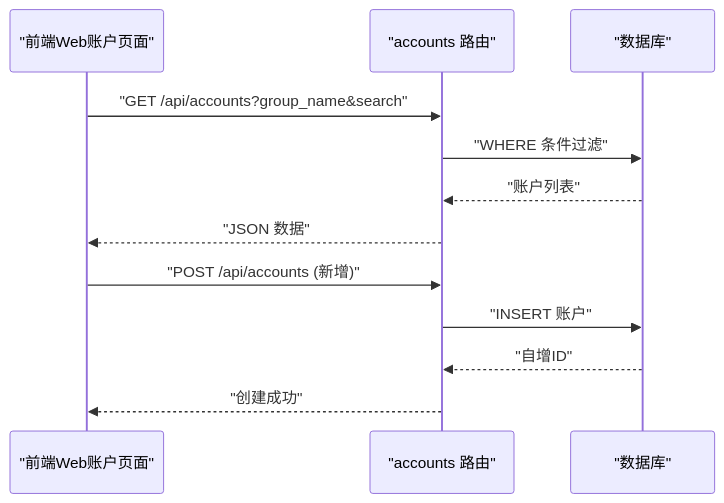
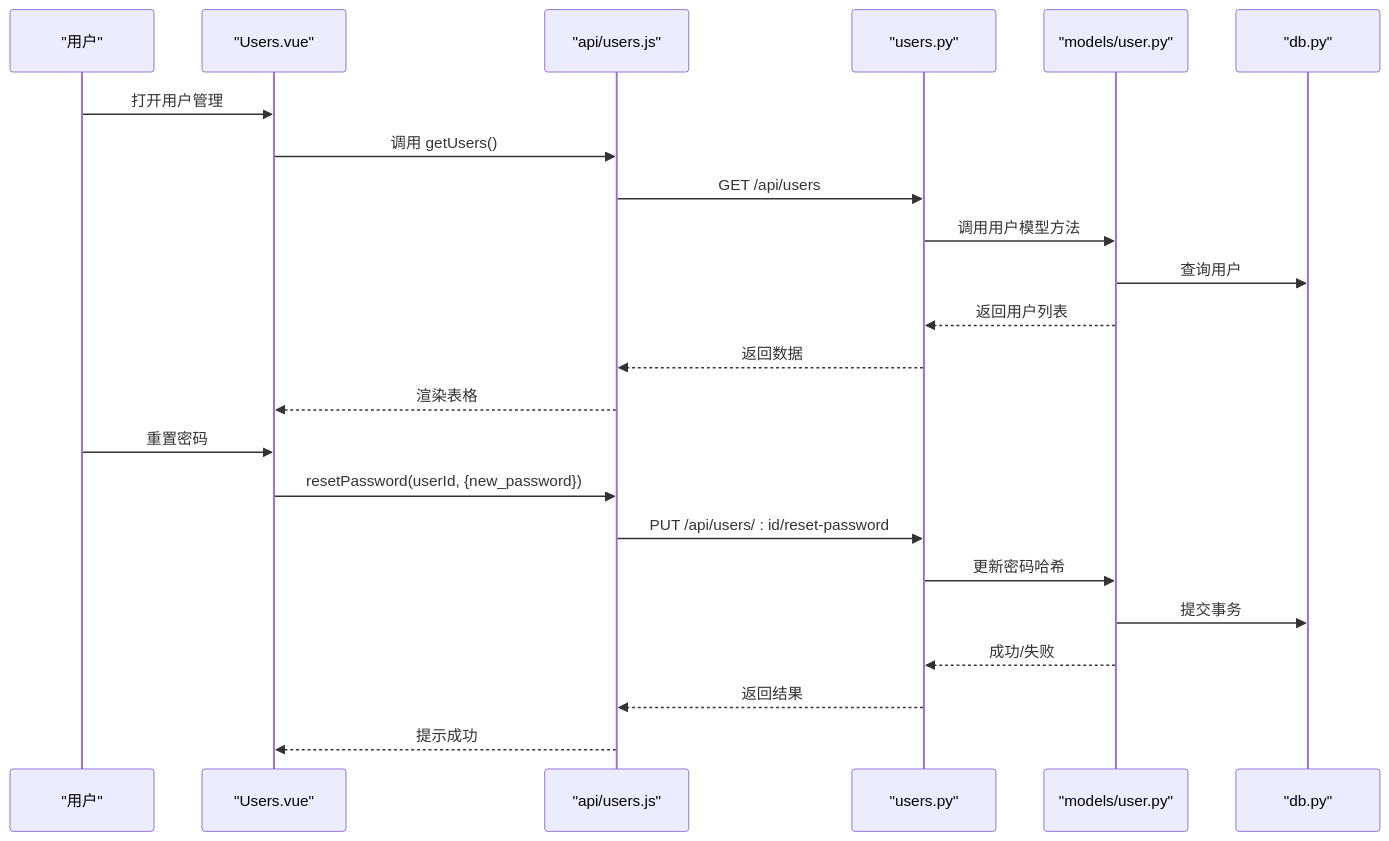
Before and after one commit to ismine3/OPS: the fifth of 8 diagrams in .qoder/repowiki/zh/content/核心功能模块/核心功能模块.md, drawn with Mermaid. The commit also changed other lines of this file and 109 other files, not shown here.

````diff
--- a/.qoder/repowiki/zh/content/核心功能模块/核心功能模块.md
+++ b/.qoder/repowiki/zh/content/核心功能模块/核心功能模块.md
@@ -273,14 +283,25 @@
 ```mermaid
 sequenceDiagram
-participant FE as "前端Web账户页面"
-participant API as "accounts 路由"
-participant DB as "数据库"
-FE->>API : "GET /api/accounts?group_name&search"
-API->>DB : "WHERE 条件过滤"
-DB-->>API : "账户列表"
-API-->>FE : "JSON 数据"
-FE->>API : "POST /api/accounts (新增)"
-API->>DB : "INSERT 账户"
-DB-->>API : "自增ID"
-API-->>FE : "创建成功"
+participant U as "用户"
+participant V as "Users.vue"
+participant A as "api/users.js"
+participant R as "users.py"
+participant M as "models/user.py"
+participant D as "db.py"
+U->>V : 打开用户管理
+V->>A : 调用 getUsers()
+A->>R : GET /api/users
+R->>M : 调用用户模型方法
+M->>D : 查询用户
+M-->>R : 返回用户列表
+R-->>A : 返回数据
+A-->>V : 渲染表格
+U->>V : 重置密码
+V->>A : resetPassword(userId, {new_password})
+A->>R : PUT /api/users/ : id/reset-password
+R->>M : 更新密码哈希
+M->>D : 提交事务
+M-->>R : 成功/失败
+R-->>A : 返回结果
+A-->>V : 提示成功
 ```
````
